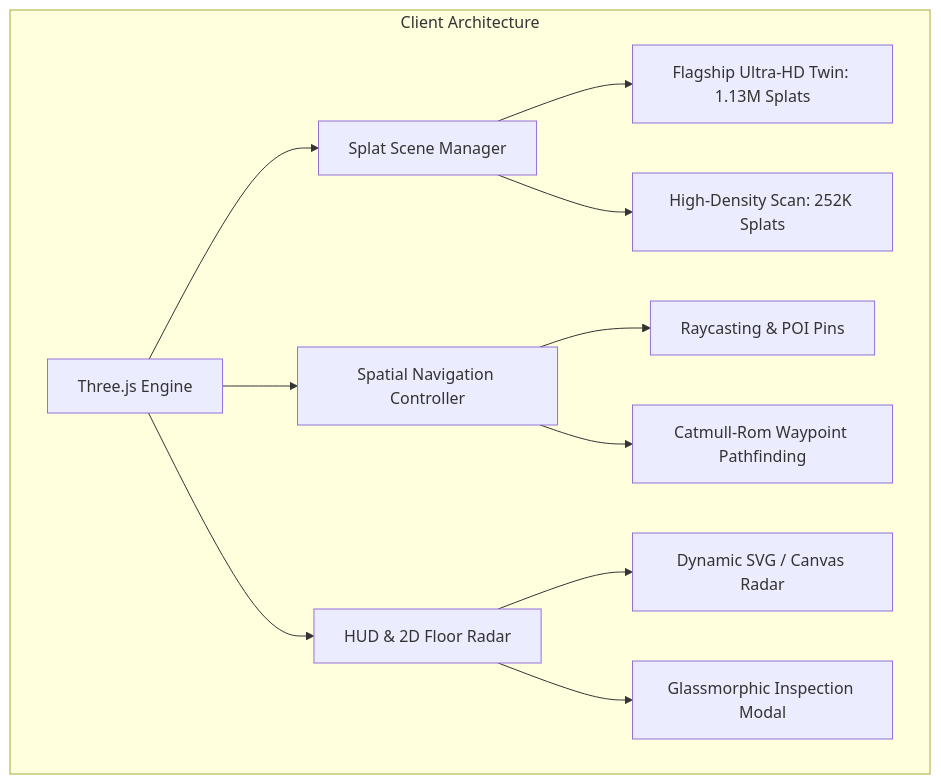
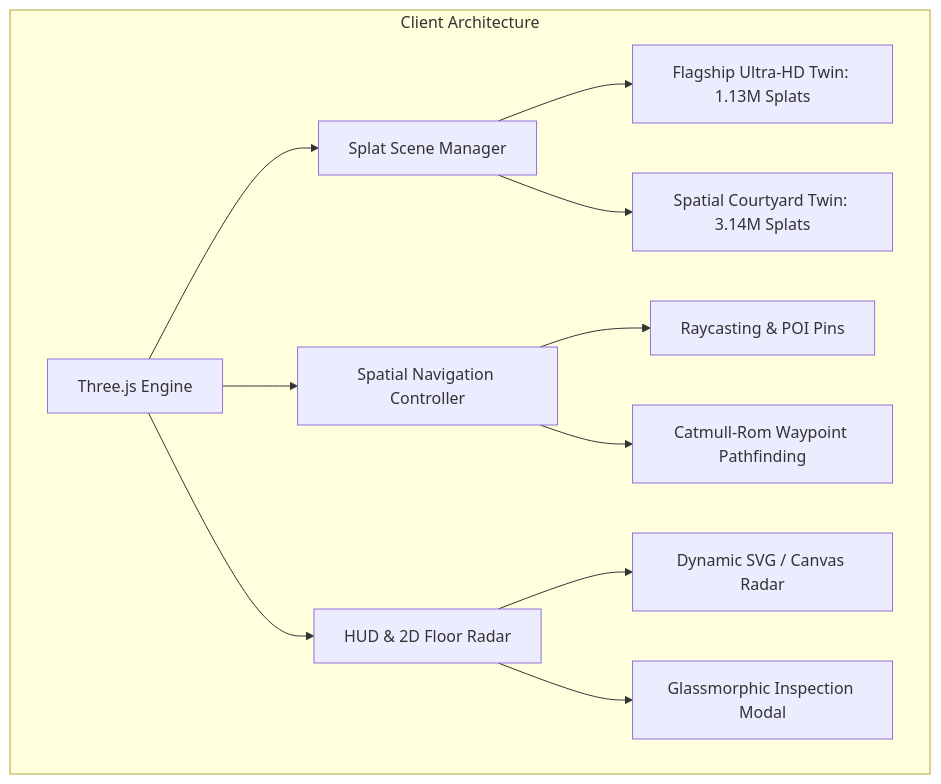
One commit to Kaish-sheikh/nammaspace-digital-twin changed the second of 2 diagrams in ROUND1_TECHNICAL_ABSTRACT.md. Above: the diagram before and after it, drawn with Mermaid. The commit also changed other lines of this file and 9 other files, not shown here.

Commit message:
Showcase upgrade: Feature Ultra-HD Studio (1.13M splats) and Spatial Courtyard (3.14M splats)

````diff
--- a/ROUND1_TECHNICAL_ABSTRACT.md
+++ b/ROUND1_TECHNICAL_ABSTRACT.md
@@ -72,15 +72,15 @@
 ```mermaid
 graph TD
     subgraph Client Architecture
         A[Three.js Engine] --> B[Splat Scene Manager]
         A --> C[Spatial Navigation Controller]
         A --> D[HUD & 2D Floor Radar]
         
         B --> B1[Flagship Ultra-HD Twin: 1.13M Splats]
-        B --> B2[High-Density Scan: 252K Splats]
+        B --> B2[Spatial Courtyard Twin: 3.14M Splats]
         C --> C1[Raycasting & POI Pins]
         C --> C2[Catmull-Rom Waypoint Pathfinding]
         D --> D1[Dynamic SVG / Canvas Radar]
         D --> D2[Glassmorphic Inspection Modal]
     end
 ```
````
